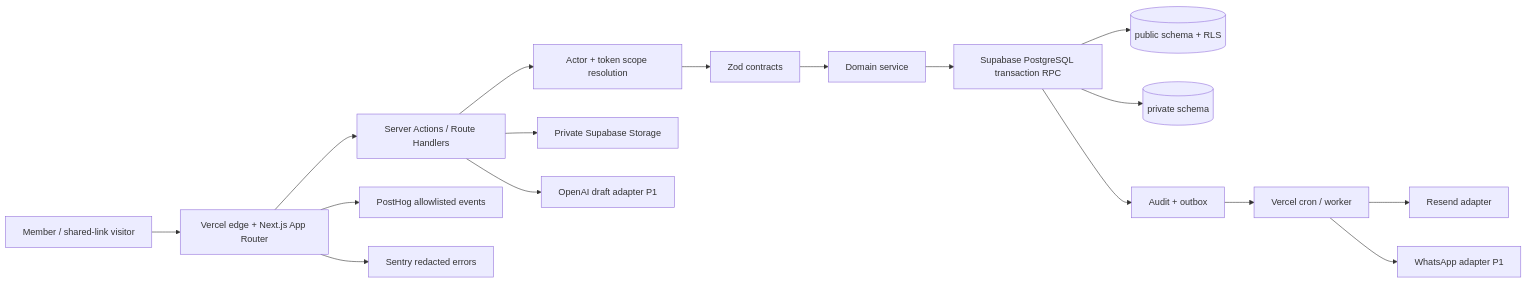
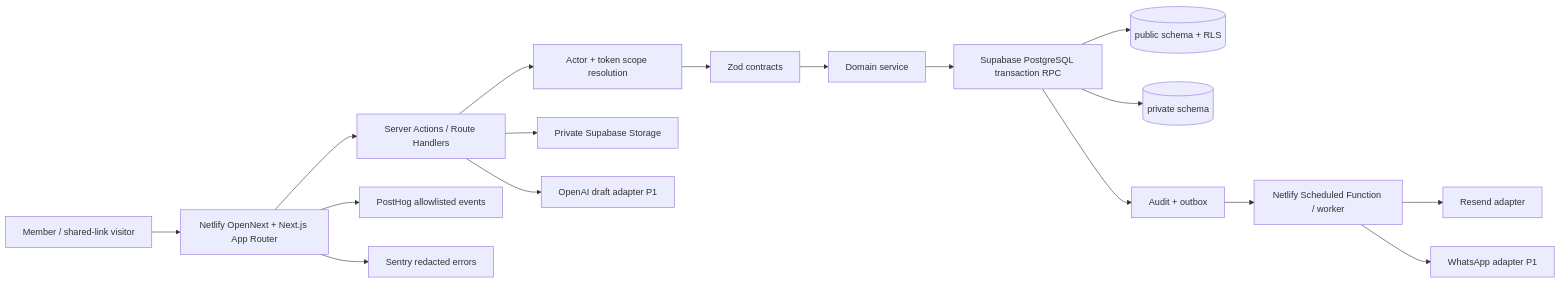
One commit to Beejeezum/callon changed the first of 3 diagrams in docs/22_PRODUCTION_ARCHITECTURE_MAP.md. Above: the diagram before and after it, drawn with Mermaid. The commit also changed other lines of this file and 37 other files, not shown here.

````diff
--- a/docs/22_PRODUCTION_ARCHITECTURE_MAP.md
+++ b/docs/22_PRODUCTION_ARCHITECTURE_MAP.md
@@ -5,19 +5,19 @@
 ```mermaid
 flowchart LR
-  U[Member / shared-link visitor] --> V[Vercel edge + Next.js App Router]
+  U[Member / shared-link visitor] --> V[Netlify OpenNext + Next.js App Router]
   V --> SA[Server Actions / Route Handlers]
   SA --> A[Actor + token scope resolution]
   A --> Z[Zod contracts]
   Z --> D[Domain service]
   D --> RPC[Supabase PostgreSQL transaction RPC]
   RPC --> P[(public schema + RLS)]
   RPC --> X[(private schema)]
   RPC --> O[Audit + outbox]
-  O --> C[Vercel cron / worker]
+  O --> C[Netlify Scheduled Function / worker]
   C --> E[Resend adapter]
   C --> W[WhatsApp adapter P1]
   SA --> S[Private Supabase Storage]
   V --> PH[PostHog allowlisted events]
   V --> SE[Sentry redacted errors]
   SA --> AI[OpenAI draft adapter P1]
 ```
````
